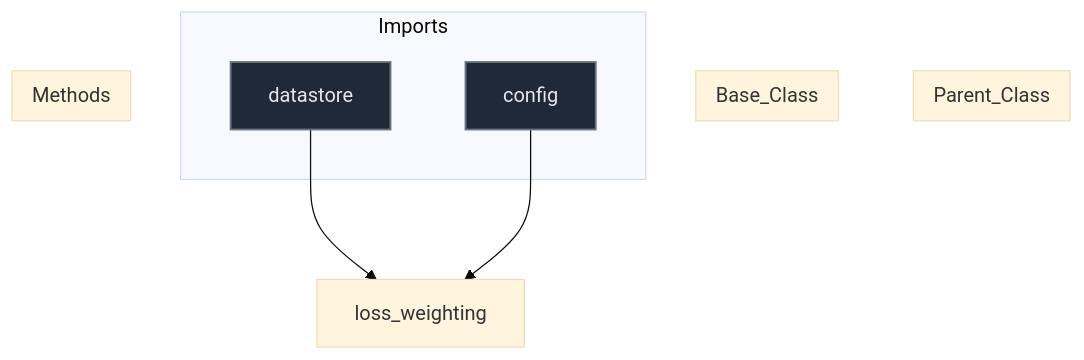
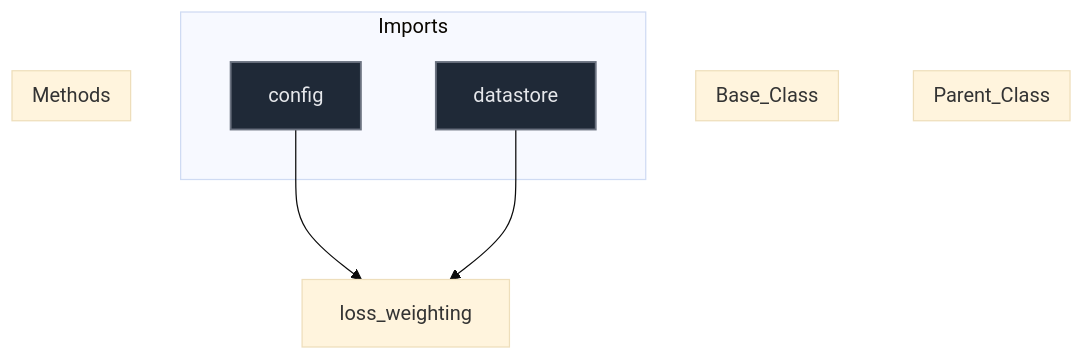
Before and after one commit to mllam/neural-lam: the diagram in docs/diagrams/loss_weighting_diagram.md, drawn with Mermaid (base theme). The commit also changed 18 other files, not shown here.

Commit message:
Auto-update Mermaid diagrams

````diff
--- a/docs/diagrams/loss_weighting_diagram.md
+++ b/docs/diagrams/loss_weighting_diagram.md
@@ -1,33 +1,33 @@
 ```mermaid
 %%{init: {'flowchart': {'nodeSpacing': 60, 'rankSpacing': 80}}}%%
 flowchart TD
 
 module["loss_weighting"]
 
 subgraph Parent_Class
 end
 
 subgraph Base_Class
 end
 
 
 subgraph Imports
+    config["config"]
     datastore["datastore"]
-    config["config"]
 end
 
+    config --> module
     datastore --> module
-    config --> module
 
 subgraph Methods
 end
 
 
 classDef parent fill:#0f172a,stroke:#3b82f6,stroke-width:2px,color:#f1f5f9,font-size:16px
 classDef base fill:#78350f,stroke:#f59e0b,stroke-width:1px,color:#fde68a,font-size:16px
 classDef import fill:#1f2937,stroke:#6b7280,stroke-width:1.5px,color:#e5e7eb,font-size:16px
 classDef method fill:#2d043f,stroke:#7c3aed,stroke-width:1.5px,color:#ede9fe,font-size:16px
 classDef callNode fill:#064e3b,stroke:#10b981,stroke-width:1.5px,color:#d1fae5,font-size:16px
-class datastore,config import
+class config,datastore import
 
 ```
````
